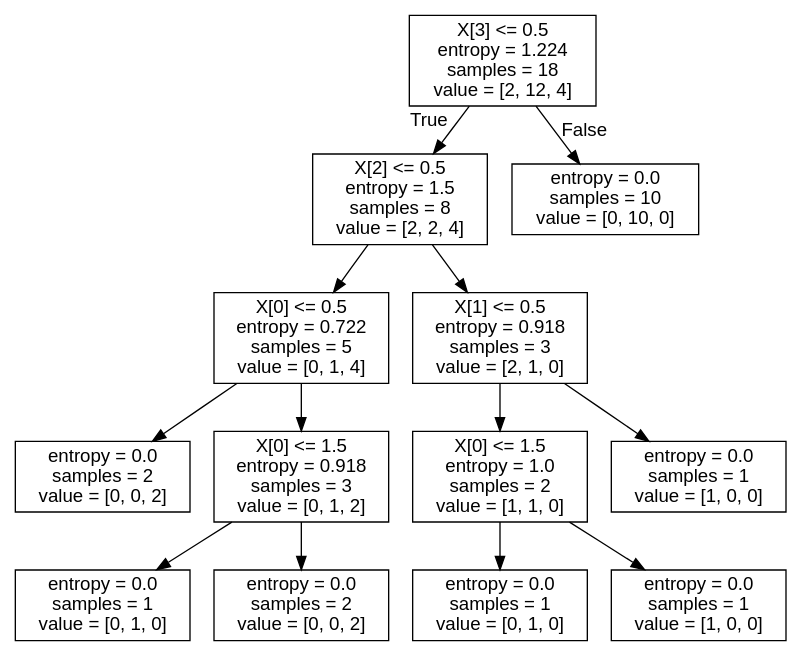
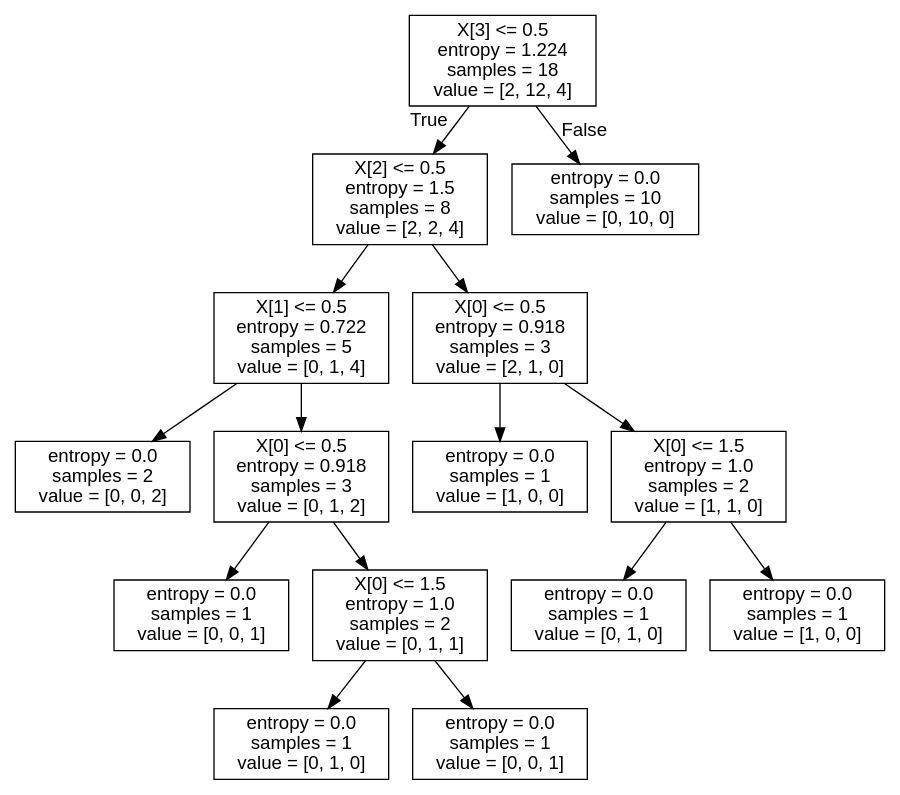
The diagram in GUET/experiment/SY_dataset/实验1/Source.gv (LonelyFantasy/MachineLearning), drawn with Graphviz before and after one commit. The commit also changed 12 other files, not shown here.

```diff
--- a/GUET/experiment/SY_dataset/实验1/Source.gv
+++ b/GUET/experiment/SY_dataset/实验1/Source.gv
@@ -1,29 +1,33 @@
 digraph Tree {
 node [shape=box, fontname="helvetica"] ;
 edge [fontname="helvetica"] ;
 0 [label="X[3] <= 0.5\nentropy = 1.224\nsamples = 18\nvalue = [2, 12, 4]"] ;
 1 [label="X[2] <= 0.5\nentropy = 1.5\nsamples = 8\nvalue = [2, 2, 4]"] ;
 0 -> 1 [labeldistance=2.5, labelangle=45, headlabel="True"] ;
-2 [label="X[0] <= 0.5\nentropy = 0.722\nsamples = 5\nvalue = [0, 1, 4]"] ;
+2 [label="X[1] <= 0.5\nentropy = 0.722\nsamples = 5\nvalue = [0, 1, 4]"] ;
 1 -> 2 ;
 3 [label="entropy = 0.0\nsamples = 2\nvalue = [0, 0, 2]"] ;
 2 -> 3 ;
-4 [label="X[0] <= 1.5\nentropy = 0.918\nsamples = 3\nvalue = [0, 1, 2]"] ;
+4 [label="X[0] <= 0.5\nentropy = 0.918\nsamples = 3\nvalue = [0, 1, 2]"] ;
 2 -> 4 ;
-5 [label="entropy = 0.0\nsamples = 1\nvalue = [0, 1, 0]"] ;
+5 [label="entropy = 0.0\nsamples = 1\nvalue = [0, 0, 1]"] ;
 4 -> 5 ;
-6 [label="entropy = 0.0\nsamples = 2\nvalue = [0, 0, 2]"] ;
+6 [label="X[0] <= 1.5\nentropy = 1.0\nsamples = 2\nvalue = [0, 1, 1]"] ;
 4 -> 6 ;
-7 [label="X[1] <= 0.5\nentropy = 0.918\nsamples = 3\nvalue = [2, 1, 0]"] ;
-1 -> 7 ;
-8 [label="X[0] <= 1.5\nentropy = 1.0\nsamples = 2\nvalue = [1, 1, 0]"] ;
-7 -> 8 ;
-9 [label="entropy = 0.0\nsamples = 1\nvalue = [0, 1, 0]"] ;
-8 -> 9 ;
+7 [label="entropy = 0.0\nsamples = 1\nvalue = [0, 1, 0]"] ;
+6 -> 7 ;
+8 [label="entropy = 0.0\nsamples = 1\nvalue = [0, 0, 1]"] ;
+6 -> 8 ;
+9 [label="X[0] <= 0.5\nentropy = 0.918\nsamples = 3\nvalue = [2, 1, 0]"] ;
+1 -> 9 ;
 10 [label="entropy = 0.0\nsamples = 1\nvalue = [1, 0, 0]"] ;
-8 -> 10 ;
-11 [label="entropy = 0.0\nsamples = 1\nvalue = [1, 0, 0]"] ;
-7 -> 11 ;
-12 [label="entropy = 0.0\nsamples = 10\nvalue = [0, 10, 0]"] ;
-0 -> 12 [labeldistance=2.5, labelangle=-45, headlabel="False"] ;
+9 -> 10 ;
+11 [label="X[0] <= 1.5\nentropy = 1.0\nsamples = 2\nvalue = [1, 1, 0]"] ;
+9 -> 11 ;
+12 [label="entropy = 0.0\nsamples = 1\nvalue = [0, 1, 0]"] ;
+11 -> 12 ;
+13 [label="entropy = 0.0\nsamples = 1\nvalue = [1, 0, 0]"] ;
+11 -> 13 ;
+14 [label="entropy = 0.0\nsamples = 10\nvalue = [0, 10, 0]"] ;
+0 -> 14 [labeldistance=2.5, labelangle=-45, headlabel="False"] ;
 }
```
